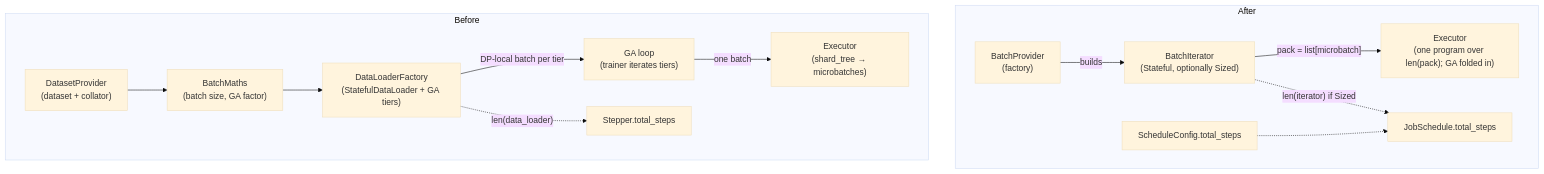
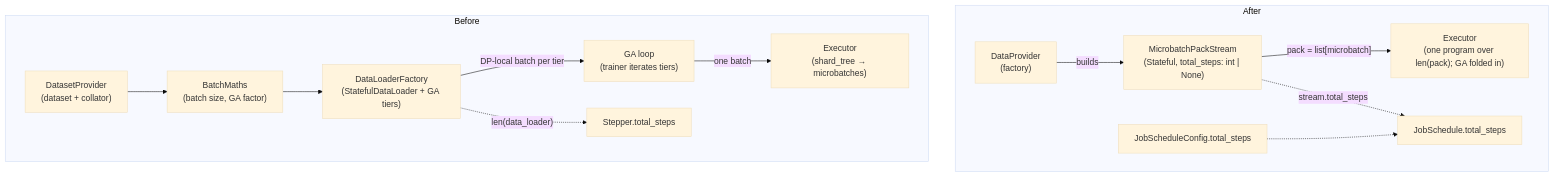
One commit to d9d-project/d9d changed the diagram in deps/0009-dep-dataflow-refactoring.md. Above: the diagram before and after it, drawn with Mermaid (base theme). The commit also changed other lines of this file, not shown here.

````diff
--- a/deps/0009-dep-dataflow-refactoring.md
+++ b/deps/0009-dep-dataflow-refactoring.md
@@ -45,21 +45,21 @@
 ```mermaid
 flowchart LR
     subgraph before["Before"]
         direction LR
         bDS["DatasetProvider<br/>(dataset + collator)"] --> bBM["BatchMaths<br/>(batch size, GA factor)"]
         bBM --> bDL["DataLoaderFactory<br/>(StatefulDataLoader + GA tiers)"]
         bDL -->|"DP-local batch per tier"| bGA["GA loop<br/>(trainer iterates tiers)"]
         bGA -->|"one batch"| bEX["Executor<br/>(shard_tree → microbatches)"]
         bDL -.->|"len(data_loader)"| bST["Stepper.total_steps"]
     end
 
     subgraph after["After"]
         direction LR
-        aBP["BatchProvider<br/>(factory)"] -->|builds| aBI["BatchIterator<br/>(Stateful, optionally Sized)"]
+        aBP["DataProvider<br/>(factory)"] -->|builds| aBI["MicrobatchPackStream<br/>(Stateful, total_steps: int | None)"]
         aBI -->|"pack = list[microbatch]"| aEX["Executor<br/>(one program over len(pack); GA folded in)"]
-        aBI -.->|"len(iterator) if Sized"| aJS["JobSchedule.total_steps"]
-        aCFG["ScheduleConfig.total_steps"] -.-> aJS
+        aBI -.->|"stream.total_steps"| aJS["JobSchedule.total_steps"]
+        aCFG["JobScheduleConfig.total_steps"] -.-> aJS
     end
 
     before ~~~ after
 ```
````
